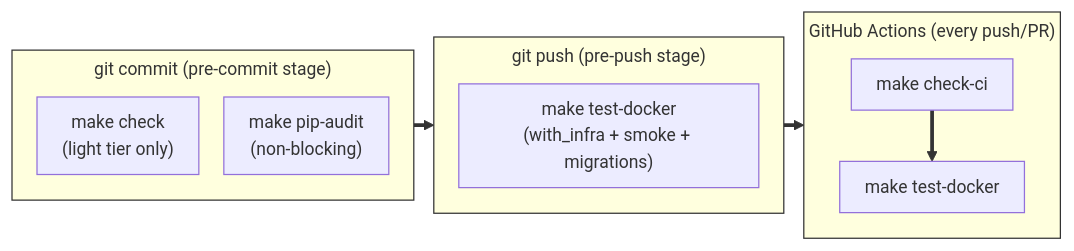
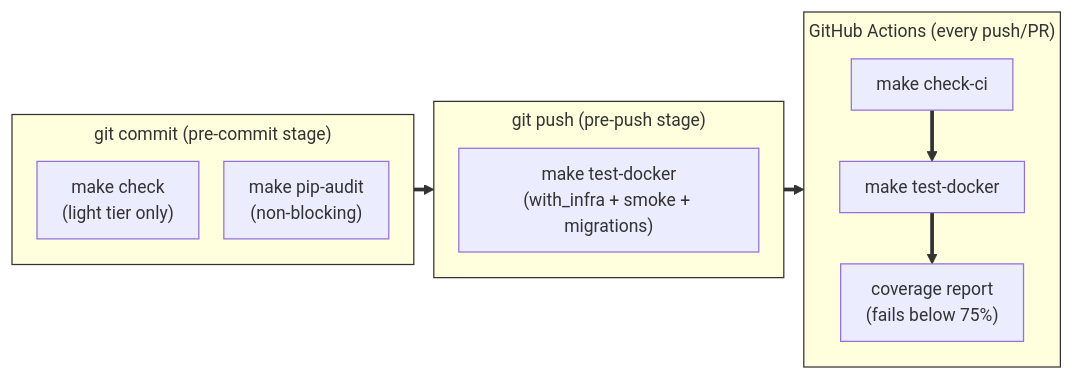
Before and after one commit to Kgotso-Koete/fastapi-clean-example: the second of 2 diagrams in docs/wiki/content/testing/running-tests.md, drawn with Mermaid. The commit also changed other lines of this file and 79 other files, not shown here.

````diff
--- a/docs/wiki/content/testing/running-tests.md
+++ b/docs/wiki/content/testing/running-tests.md
@@ -97,25 +97,26 @@
     ```mermaid
     %%{init: {"theme": "default", "themeVariables": {"fontSize": "14px"}, "flowchart": {"nodeSpacing": 20, "rankSpacing": 16, "padding": 10, "subGraphTitleMargin": {"top": 5, "bottom": 12}, "useMaxWidth": false}}}%%
     flowchart LR
         subgraph precommit["git commit (pre-commit stage)"]
             c1["make check<br/>(light tier only)"]
             c2["make pip-audit<br/>(non-blocking)"]
         end
 
         subgraph prepush["git push (pre-push stage)"]
             p1["make test-docker<br/>(with_infra + smoke + migrations)"]
         end
 
         subgraph ci["GitHub Actions (every push/PR)"]
             g1["make check-ci"]
             g2["make test-docker"]
-            g1 --> g2
+            g3["coverage report<br/>(fails below 75%)"]
+            g1 --> g2 --> g3
         end
 
         precommit --> prepush --> ci
 
         linkStyle default stroke-width:3px,stroke:#333333
         style precommit stroke-width:1px,stroke:#333333
         style prepush stroke-width:1px,stroke:#333333
         style ci stroke-width:1px,stroke:#333333
     ```
````
